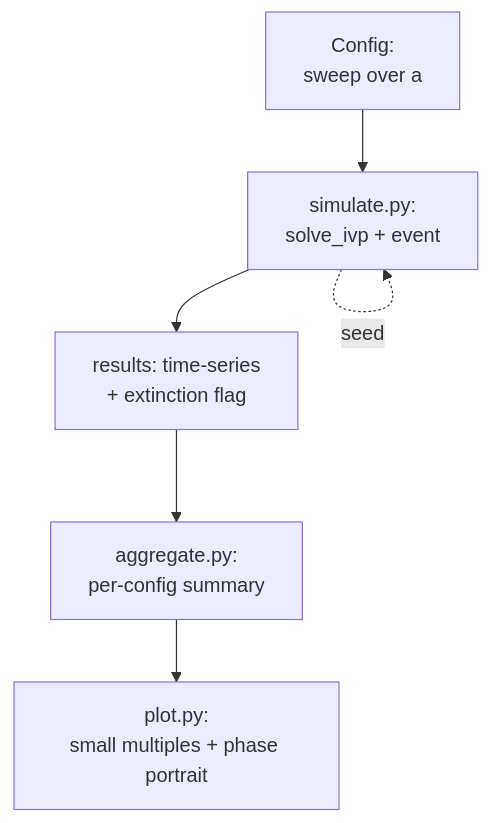
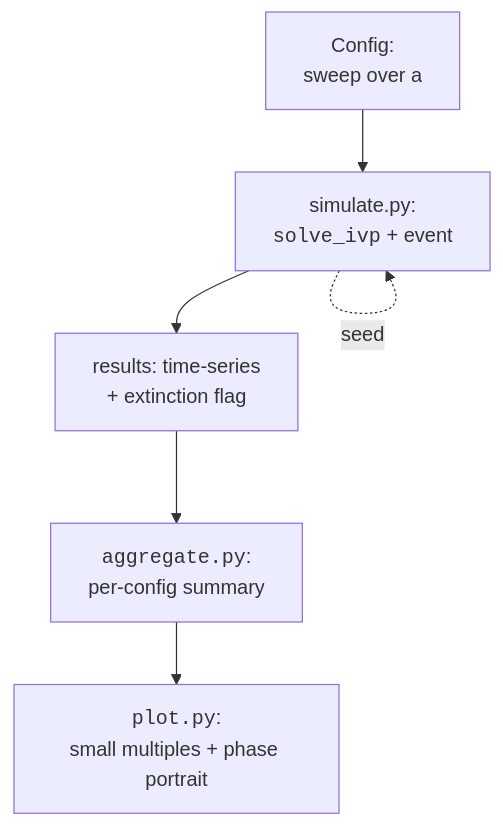
Before and after one commit to dataslope/dataslope: the diagram in content/learn/scientific-computing-python/capstone-simulation.mdx, drawn with Mermaid. The commit also changed 218 other files, not shown here.

First line of the commit message:
Render code-only mermaid shapes in monospace; convert step sequences to Steps (#467)

````diff
--- a/content/learn/scientific-computing-python/capstone-simulation.mdx
+++ b/content/learn/scientific-computing-python/capstone-simulation.mdx
@@ -40,8 +40,8 @@
 ```mermaid
 flowchart TD
-    Cfg[Config:<br/>sweep over a] --> Sim[simulate.py:<br/>solve_ivp + event]
+    Cfg[Config:<br/>sweep over a] --> Sim["simulate.py:<br/><code>solve_ivp</code> + event"]
     Sim --> Res[results: time-series<br/>+ extinction flag]
-    Res --> Agg[aggregate.py:<br/>per-config summary]
-    Agg --> Viz[plot.py:<br/>small multiples + phase portrait]
+    Res --> Agg["<code>aggregate.py</code>:<br/>per-config summary"]
+    Agg --> Viz["<code>plot.py</code>:<br/>small multiples + phase portrait"]
     Sim -. seed .-> Sim
 ```
````
